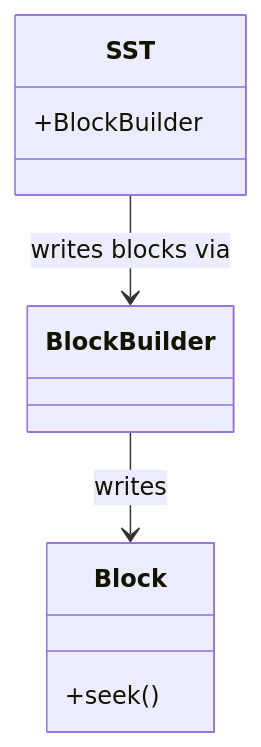
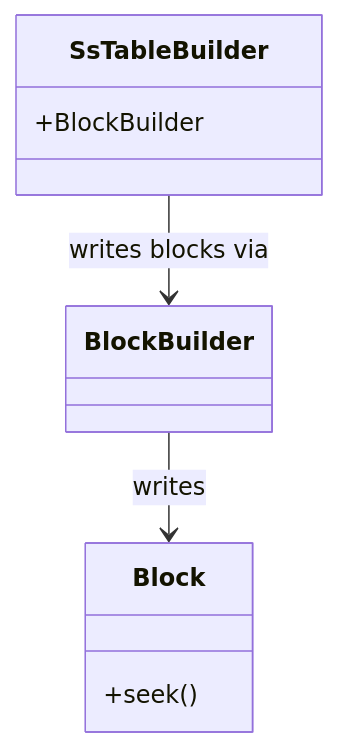
Before and after one commit to luqmansen/luqmansen.github.io: the diagram in content/scratchpads/LSM in 3 weeks.md, drawn with Mermaid.

Commit message:
blog: sync from vault @ 6129d98

````diff
--- a/content/scratchpads/LSM in 3 weeks.md
+++ b/content/scratchpads/LSM in 3 weeks.md
@@ -40,15 +40,15 @@
 ```mermaid
 
 classDiagram
     class Block {
         +seek()
     }
     class BlockBuilder {
     }
-    class SST {
+    class SsTableBuilder {
         +BlockBuilder
     }
     
-    SST --> BlockBuilder : writes blocks via
+    SsTableBuilder --> BlockBuilder : writes blocks via
     BlockBuilder --> Block: writes
 ```
````
